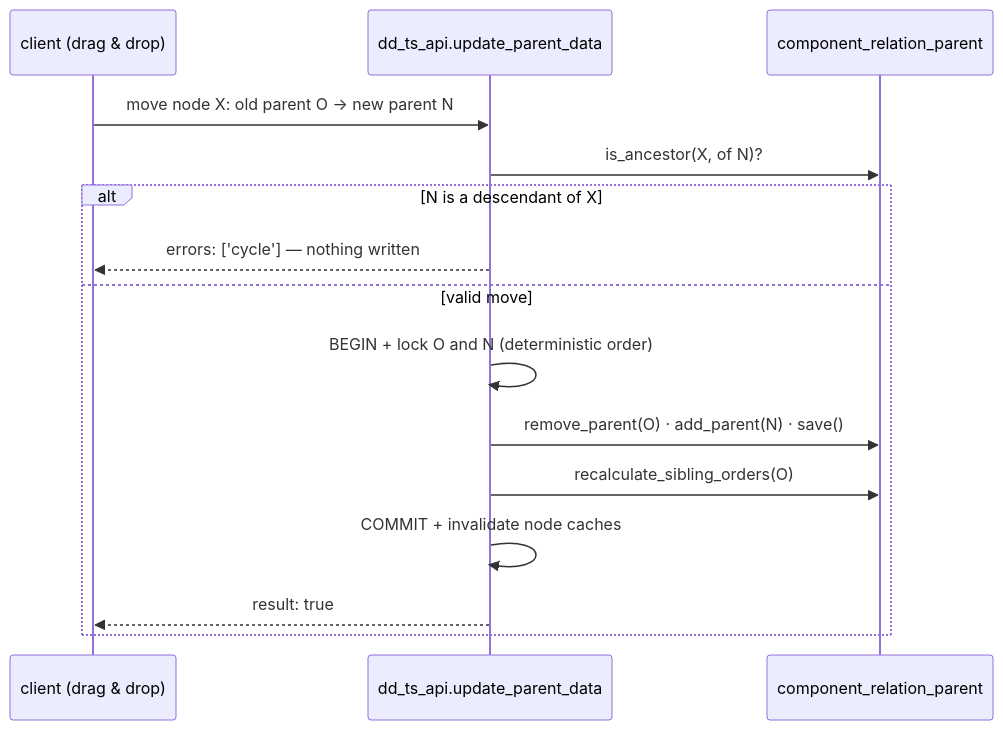
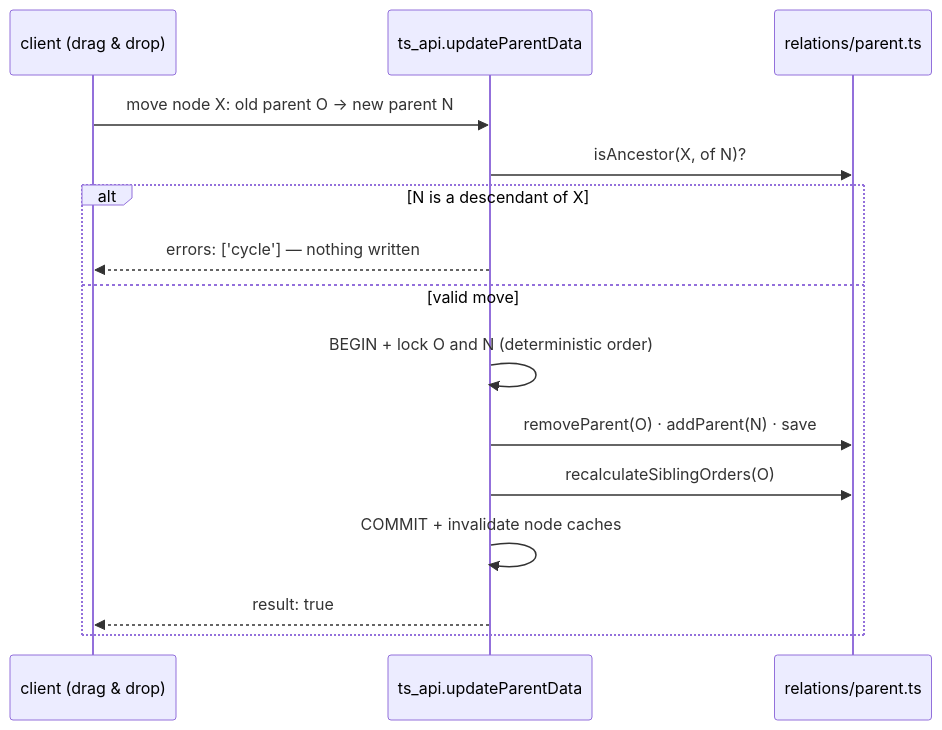
Before and after one commit to renderpci/dedalo: the second of 2 diagrams in docs/core/thesaurus/index.md, drawn with Mermaid. The commit also changed other lines of this file, not shown here.

````diff
--- a/docs/core/thesaurus/index.md
+++ b/docs/core/thesaurus/index.md
@@ -201,17 +207,17 @@
 ```mermaid
 sequenceDiagram
     participant C as client (drag & drop)
-    participant A as dd_ts_api.update_parent_data
-    participant P as component_relation_parent
+    participant A as ts_api.updateParentData
+    participant P as relations/parent.ts
     C->>A: move node X: old parent O → new parent N
-    A->>P: is_ancestor(X, of N)?
+    A->>P: isAncestor(X, of N)?
     alt N is a descendant of X
         A-->>C: errors: ['cycle'] — nothing written
     else valid move
         A->>A: BEGIN + lock O and N (deterministic order)
-        A->>P: remove_parent(O) · add_parent(N) · save()
-        A->>P: recalculate_sibling_orders(O)
+        A->>P: removeParent(O) · addParent(N) · save
+        A->>P: recalculateSiblingOrders(O)
         A->>A: COMMIT + invalidate node caches
         A-->>C: result: true
     end
 ```
````
